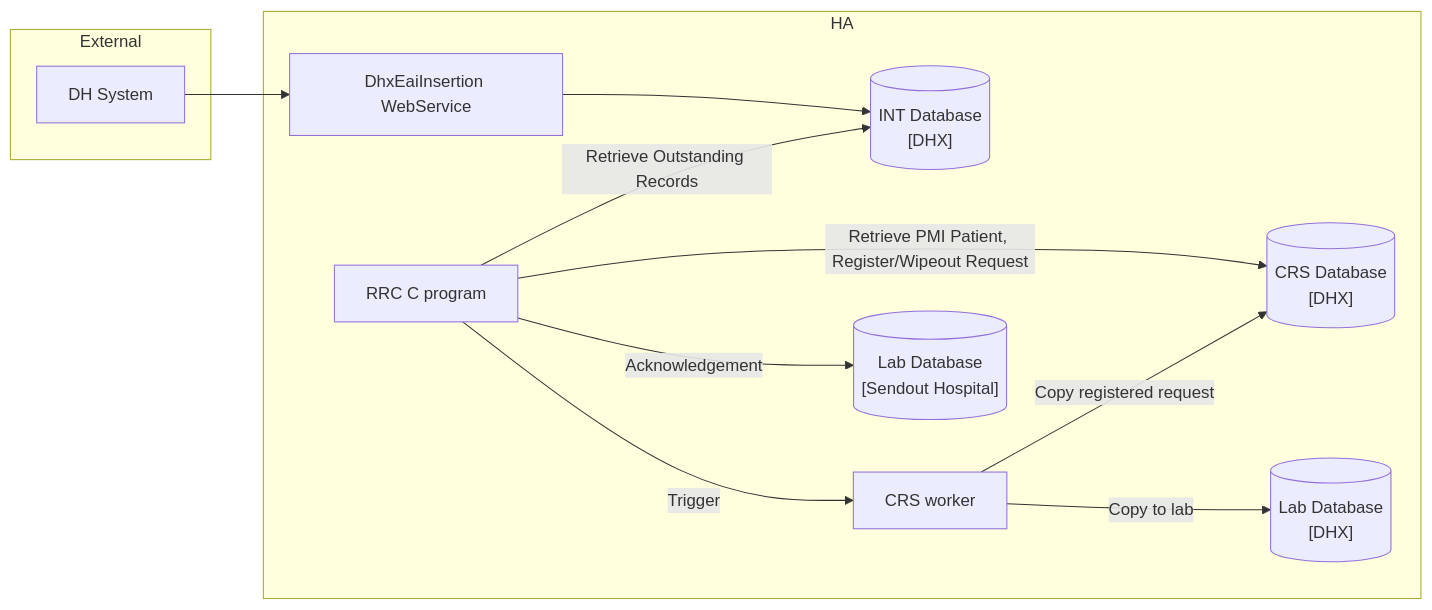
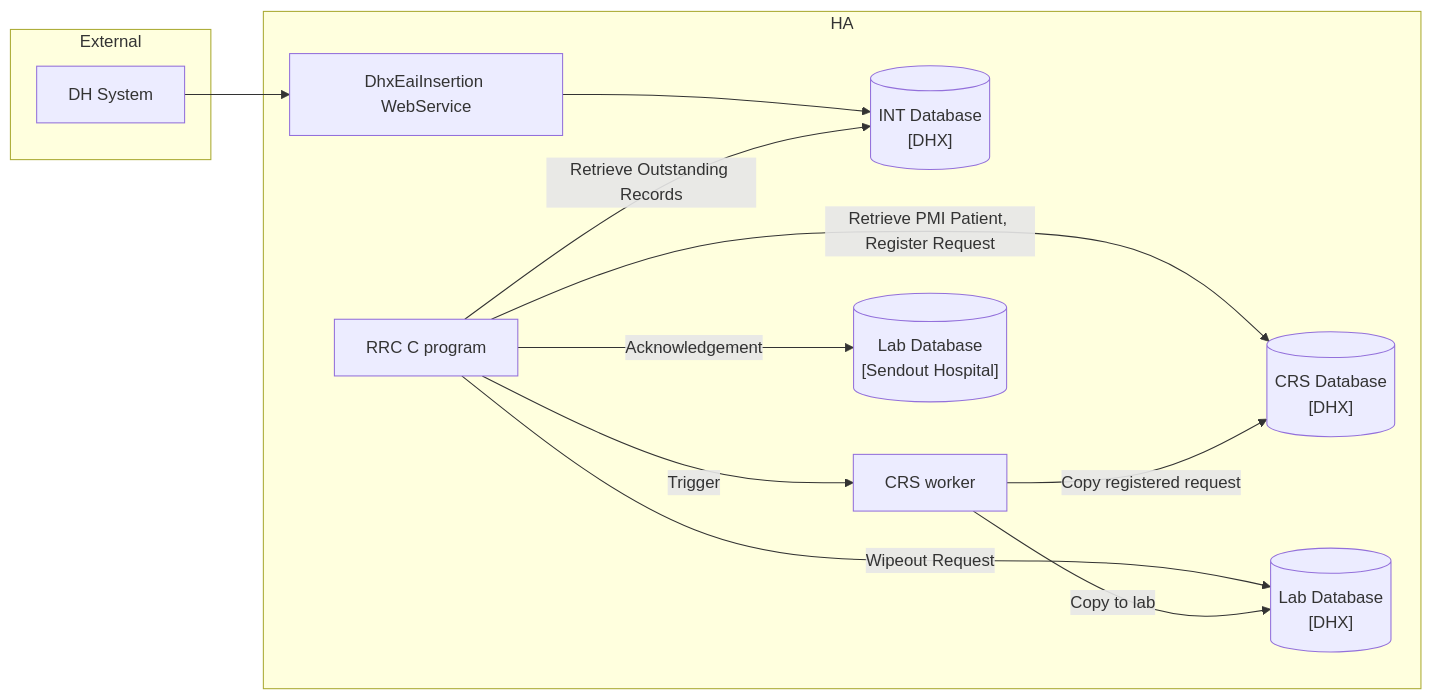
Before and after one commit to DragonChong/HA-Notes: the second of 4 diagrams in LIS/JIRA/Develop cloud application `lis-dhx-rrc-svc` to replace the legacy RRC worker and support dynamic Sybase-PostgreSQL database connectivity during DB migration.md, drawn with Mermaid.

Commit message:
vault backup: 2026-07-22 11:23:28

````diff
--- a/LIS/JIRA/Develop cloud application `lis-dhx-rrc-svc` to replace the legacy RRC worker and support dynamic Sybase-PostgreSQL database connectivity during DB migration.md
+++ b/LIS/JIRA/Develop cloud application `lis-dhx-rrc-svc` to replace the legacy RRC worker and support dynamic Sybase-PostgreSQL database connectivity during DB migration.md
@@ -139,22 +139,24 @@
 ```mermaid
 flowchart LR
-    subgraph External["External"]
+ subgraph External["External"]
         DH["DH System"]
-    end
-    subgraph HA["HA"]
+  end
+ subgraph HA["HA"]
         WS["DhxEaiInsertion WebService"]
         INT_DB[("INT Database<br>[DHX]")]
         C_RRC["RRC C program"]
         CRS_DB[("CRS Database<br>[DHX]")]
         CRS_W["CRS worker"]
         LAB_DB[("Lab Database<br>[DHX]")]
         HOSP_DB[("Lab Database<br>[Sendout Hospital]")]
-    end
-    DH --> WS --> INT_DB
+  end
+    DH --> WS
+    WS --> INT_DB
     C_RRC -- Retrieve Outstanding Records --> INT_DB
-    C_RRC -- Retrieve PMI Patient, Register/Wipeout Request--> CRS_DB
+    C_RRC -- Retrieve PMI Patient, Register Request --> CRS_DB
+    C_RRC -- Wipeout Request --> LAB_DB
     CRS_W -- Copy registered request --> CRS_DB
     CRS_W -- Copy to lab --> LAB_DB
-    C_RRC -- Acknowledgement--> HOSP_DB
+    C_RRC -- Acknowledgement --> HOSP_DB
     C_RRC -- Trigger --> CRS_W
 ```
````
